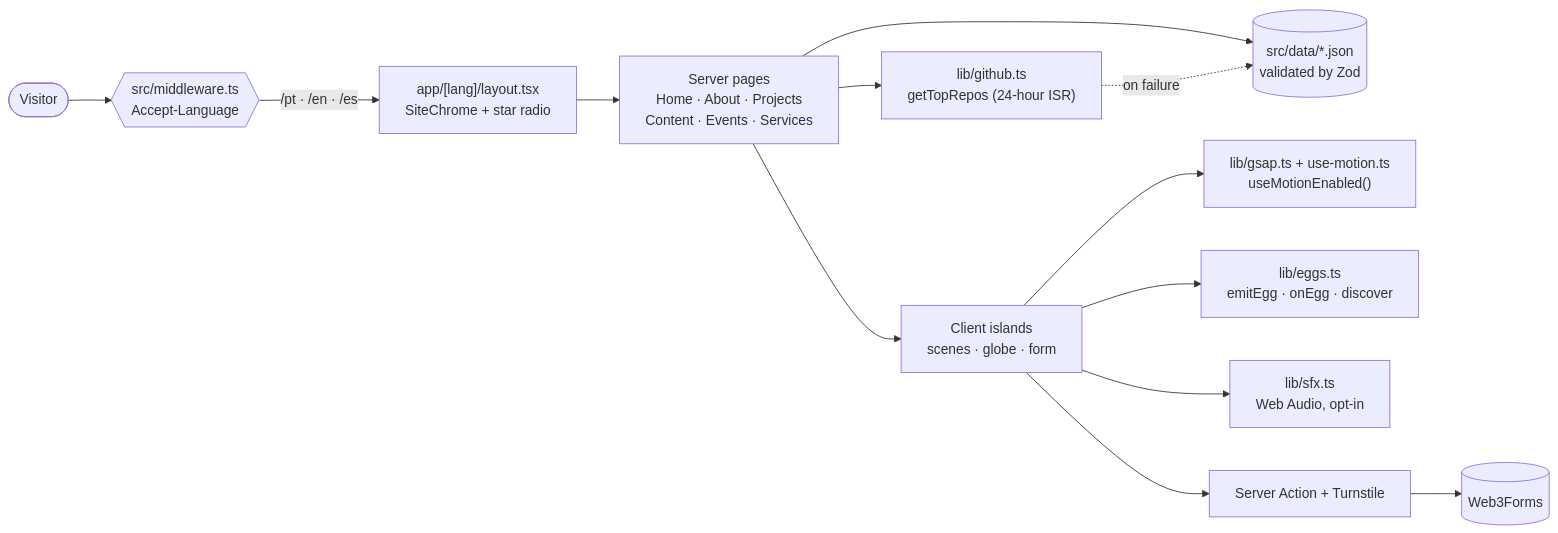
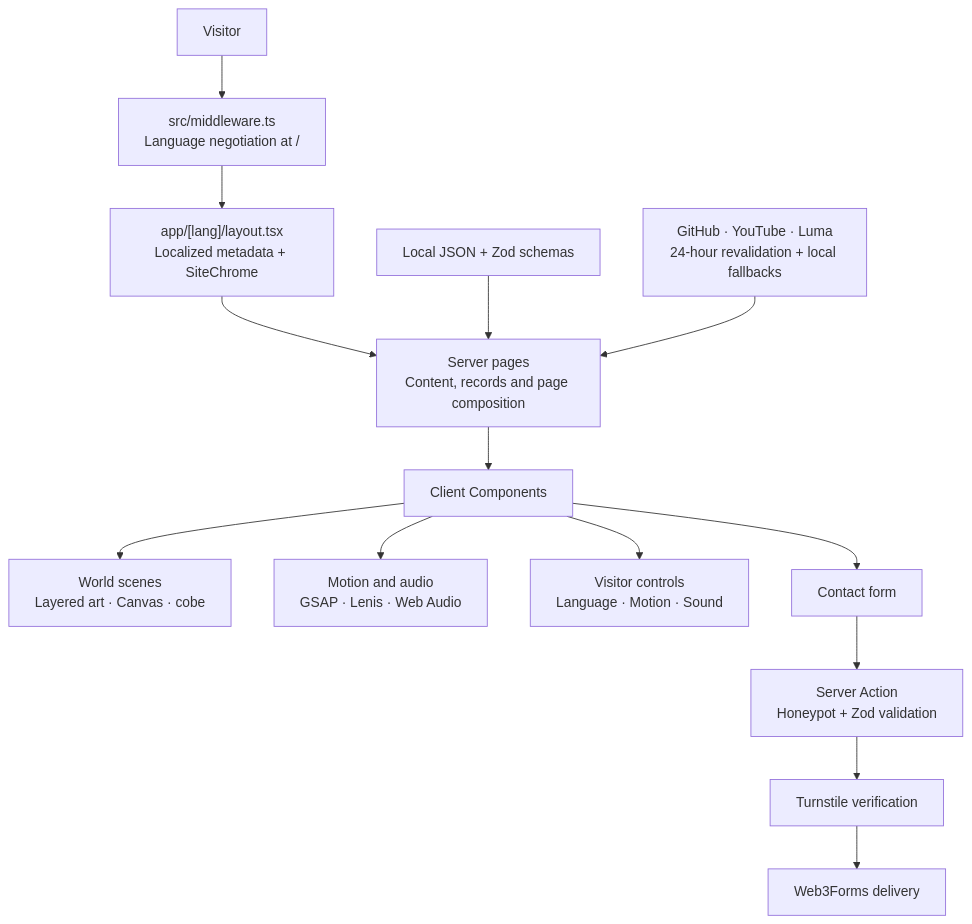
One commit to glaucia86/glaucialemos.dev changed the diagram in README.md. Above: the diagram before and after it, drawn with Mermaid. The commit also changed other lines of this file and 7 other files, not shown here.

````diff
--- a/README.md
+++ b/README.md
@@ -149,15 +113,16 @@
 ```mermaid
-flowchart LR
-    V([Visitor]) --> M{{src/middleware.ts<br/>Accept-Language}}
-    M -->|/pt · /en · /es| L["app/[lang]/layout.tsx<br/>SiteChrome + star radio"]
-    L --> P["Server pages<br/>Home · About · Projects<br/>Content · Events · Services"]
-    P --> D[("src/data/*.json<br/>validated by Zod")]
-    P --> G["lib/github.ts<br/>getTopRepos (24-hour ISR)"]
-    G -.on failure.-> D
-    P --> C["Client islands<br/>scenes · globe · form"]
-    C --> MO["lib/gsap.ts + use-motion.ts<br/>useMotionEnabled()"]
-    C --> E["lib/eggs.ts<br/>emitEgg · onEgg · discover"]
-    C --> S["lib/sfx.ts<br/>Web Audio, opt-in"]
-    C --> A[Server Action + Turnstile]
-    A --> F[(Web3Forms)]
+flowchart TD
+    V["Visitor"] --> M["src/middleware.ts<br/>Language negotiation at /"]
+    M --> L["app/[lang]/layout.tsx<br/>Localized metadata + SiteChrome"]
+    L --> P["Server pages<br/>Content, records and page composition"]
+    D["Local JSON + Zod schemas"] --> P
+    R["GitHub · YouTube · Luma<br/>24-hour revalidation + local fallbacks"] --> P
+    P --> C["Client Components"]
+    C --> W["World scenes<br/>Layered art · Canvas · cobe"]
+    C --> A["Motion and audio<br/>GSAP · Lenis · Web Audio"]
+    C --> U["Visitor controls<br/>Language · Motion · Sound"]
+    C --> F["Contact form"]
+    F --> S["Server Action<br/>Honeypot + Zod validation"]
+    S --> T["Turnstile verification"]
+    T --> E["Web3Forms delivery"]
 ```
````
